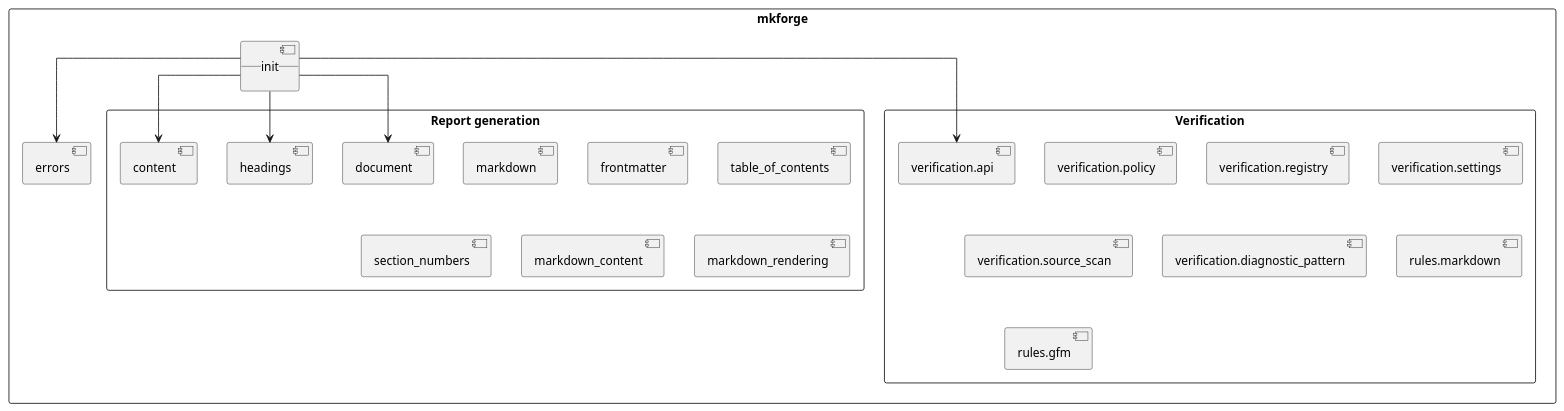
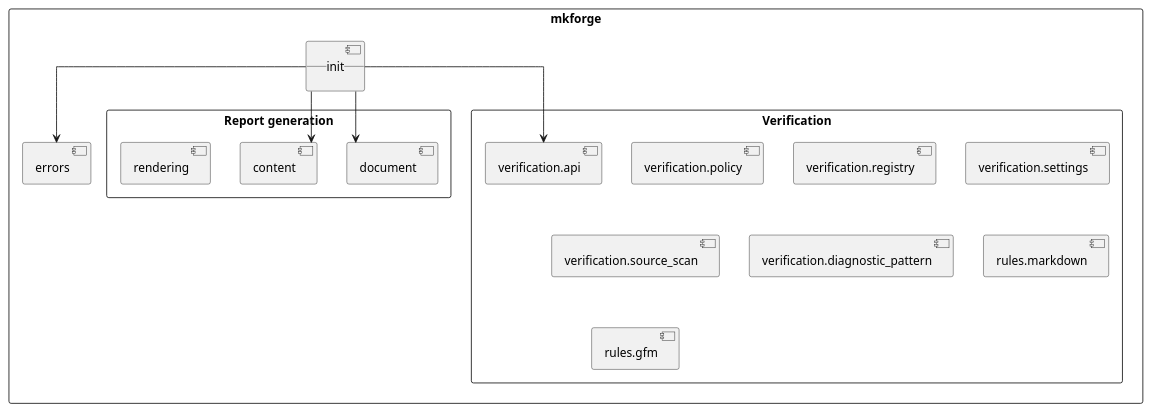
Before and after one commit to antoinebarre/mkforge: the first of 10 diagrams in docs/SDD.md, drawn with PlantUML. The commit also changed other lines of this file and 33 other files, not shown here.

````diff
--- a/docs/SDD.md
+++ b/docs/SDD.md
@@ -48,35 +48,28 @@
 ```plantuml
 @startuml architecture-overview
 skinparam packageStyle rectangle
 skinparam linetype ortho
 
 package "mkforge" {
   package "Report generation" {
     [document]
-    [headings]
     [content]
-    [markdown]
-    [frontmatter]
-    [table_of_contents]
-    [section_numbers]
-    [markdown_content]
-    [markdown_rendering]
+    [rendering]
   }
   package "Verification" {
     [verification.api]
     [verification.policy]
     [verification.registry]
     [verification.settings]
     [verification.source_scan]
     [verification.diagnostic_pattern]
     [rules.markdown]
     [rules.gfm]
   }
   [__init__] --> [document]
-  [__init__] --> [headings]
   [__init__] --> [content]
   [__init__] --> [errors]
   [__init__] --> [verification.api]
 }
 @enduml
 ```
````
